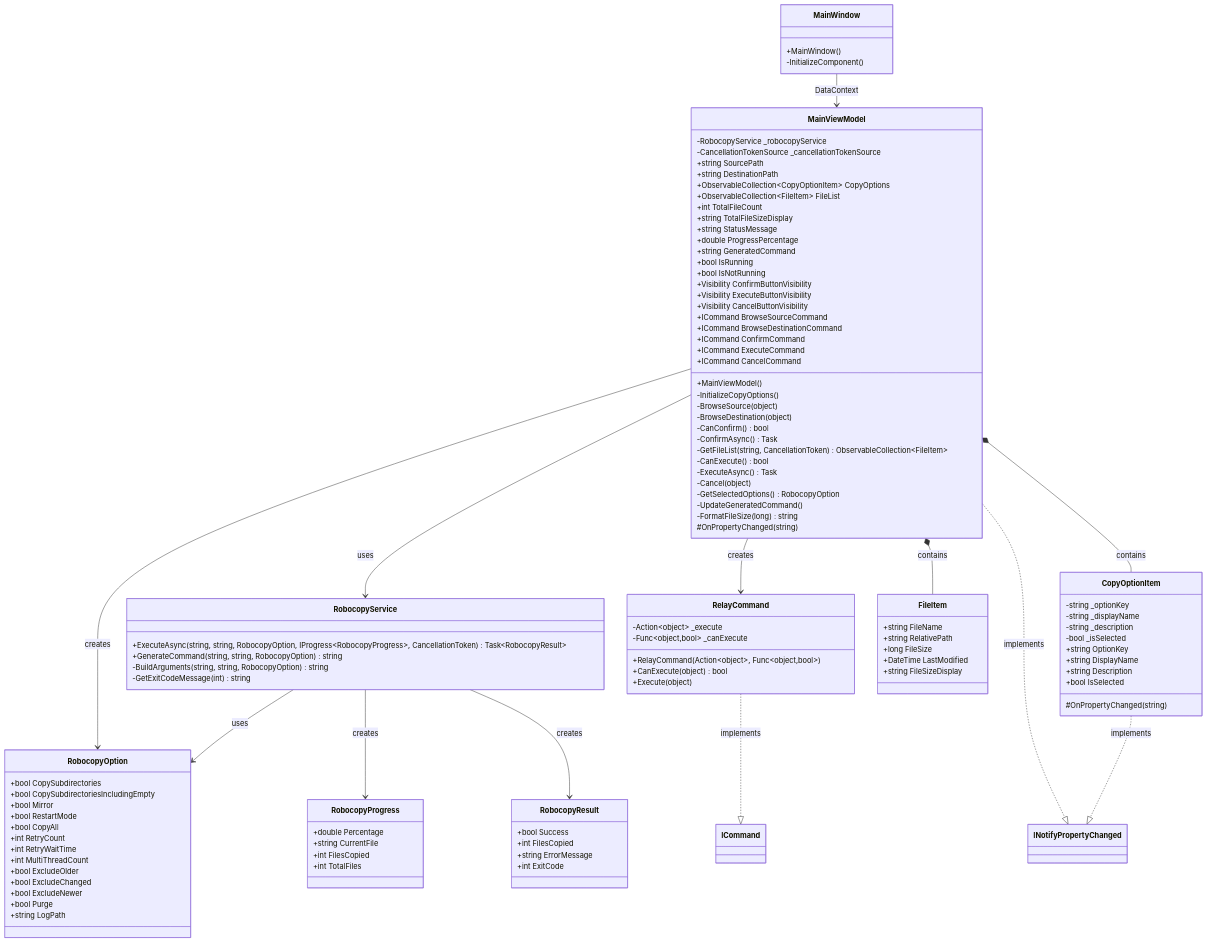
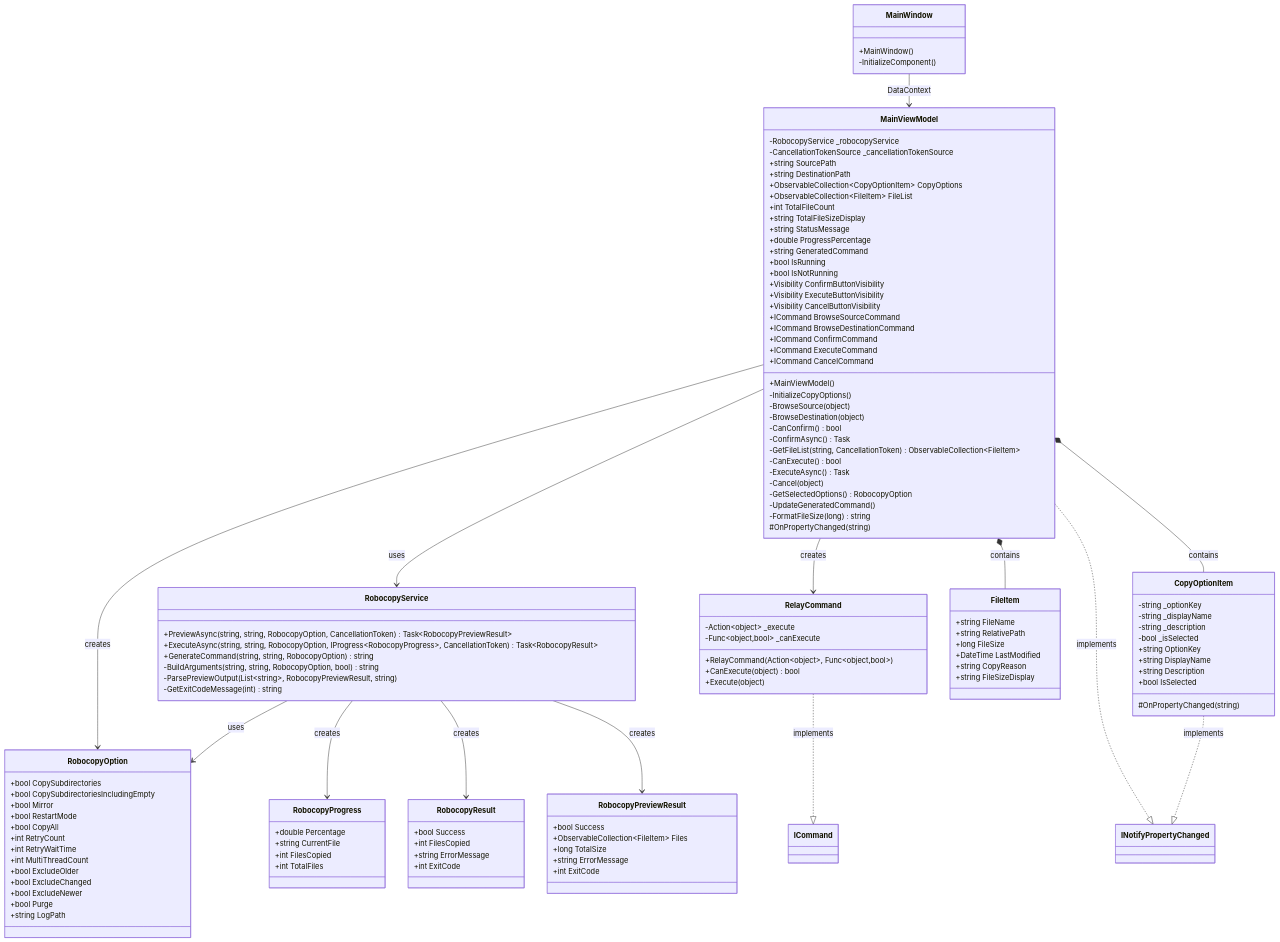
One commit to hn770123/GUI-robocopy changed the first of 3 diagrams in docs/class-diagram.md. Above: the diagram before and after it, drawn with Mermaid. The commit also changed other lines of this file and 4 other files, not shown here.

```diff
--- a/docs/class-diagram.md
+++ b/docs/class-diagram.md
@@ -58,9 +58,11 @@
     }
     
     class RobocopyService {
+        +PreviewAsync(string, string, RobocopyOption, CancellationToken) Task~RobocopyPreviewResult~
         +ExecuteAsync(string, string, RobocopyOption, IProgress~RobocopyProgress~, CancellationToken) Task~RobocopyResult~
         +GenerateCommand(string, string, RobocopyOption) string
-        -BuildArguments(string, string, RobocopyOption) string
+        -BuildArguments(string, string, RobocopyOption, bool) string
+        -ParsePreviewOutput(List~string~, RobocopyPreviewResult, string)
         -GetExitCodeMessage(int) string
     }
     
@@ -97,6 +99,7 @@
         +string RelativePath
         +long FileSize
         +DateTime LastModified
+        +string CopyReason
         +string FileSizeDisplay
     }
     
@@ -114,6 +117,14 @@
         +int ExitCode
     }
     
+    class RobocopyPreviewResult {
+        +bool Success
+        +ObservableCollection~FileItem~ Files
+        +long TotalSize
+        +string ErrorMessage
+        +int ExitCode
+    }
+    
     MainWindow --> MainViewModel : DataContext
     MainViewModel --> RobocopyService : uses
     MainViewModel --> RelayCommand : creates
@@ -123,6 +134,7 @@
     RobocopyService --> RobocopyOption : uses
     RobocopyService --> RobocopyProgress : creates
     RobocopyService --> RobocopyResult : creates
+    RobocopyService --> RobocopyPreviewResult : creates
     
     MainViewModel ..|> INotifyPropertyChanged : implements
     CopyOptionItem ..|> INotifyPropertyChanged : implements
```
